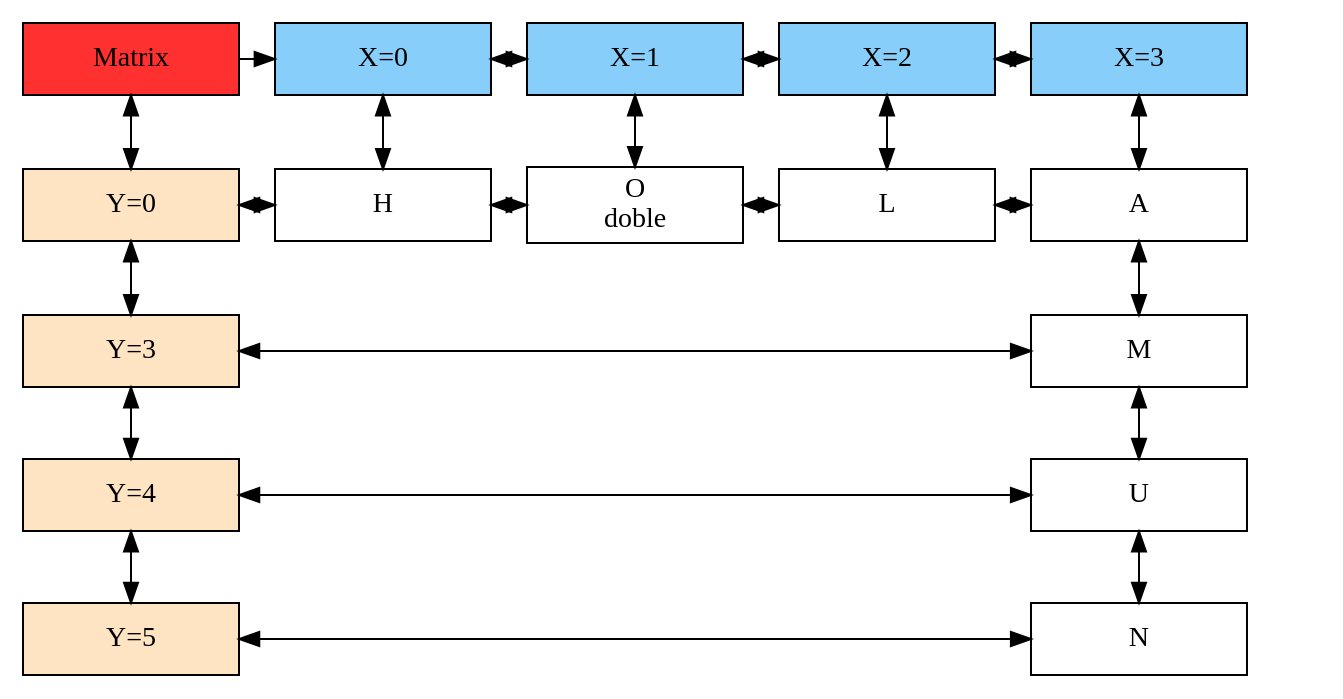
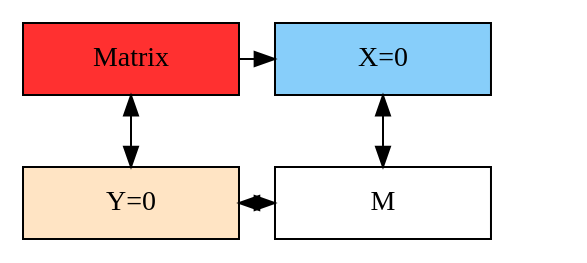
One commit to elJuanjoRamos/EDD_1S2020_PY1_201801262 changed the diagram in EDD_Proyecto1/EDD_Proyecto1/Matrix.dot. Above: the diagram before and after it, drawn with Graphviz. The commit also changed 25 other files, not shown here.

```diff
--- a/EDD_Proyecto1/EDD_Proyecto1/Matrix.dot
+++ b/EDD_Proyecto1/EDD_Proyecto1/Matrix.dot
@@ -1,52 +1,16 @@
 digraph Sparce_Matrix { 
  node [shape=box]
 	Mt[ label = "Matrix", width = 1.5, style = filled, fillcolor = firebrick1, group = 1 ];
 	e0[ shape = point, width = 0 ];
 e1[shape = point, width = 0];
-Nodox2 [label = "X=0" width = 1.5 style = filled, fillcolor = lightskyblue, group =2];
-Nodox5 [label = "X=1" width = 1.5 style = filled, fillcolor = lightskyblue, group =5];
-Nodox7 [label = "X=2" width = 1.5 style = filled, fillcolor = lightskyblue, group =7];
-Nodox9 [label = "X=3"width = 1.5 style = filled, fillcolor = lightskyblue, group =9];
+Nodox2 [label = "X=0"width = 1.5 style = filled, fillcolor = lightskyblue, group =2];
 Nodoy3->Nodoy4[constraint=false, dir=both];
-Nodoy4->Nodoy6[constraint=false, dir=both];
-Nodoy6->Nodoy8[constraint=false, dir=both];
-Nodoy8->Nodoy10[constraint=false, dir=both];
-Nodoy11->Nodoy12[constraint=false, dir=both];
-Nodoy13->Nodoy14[constraint=false, dir=both];
-Nodoy15->Nodoy16[constraint=false, dir=both];
-Nodoy3 [label = "Y=0" width = 1.5 style = filled, fillcolor = bisque1, group = 1  ];
-Nodoy11 [label = "Y=3" width = 1.5 style = filled, fillcolor = bisque1, group = 1  ];
-Nodoy13 [label = "Y=4" width = 1.5 style = filled, fillcolor = bisque1, group = 1  ];
-Nodoy15 [label = "Y=5"width = 1.5 style = filled, fillcolor = bisque1, group = 1  ];
+Nodoy3 [label = "Y=0"width = 1.5 style = filled, fillcolor = bisque1, group = 1  ];
 Nodox2->Nodoy4[dir=both]
-Nodox5->Nodoy6[dir=both]
-Nodox7->Nodoy8[dir=both]
-Nodox9->Nodoy10[dir=both]
-Nodoy10->Nodoy12[dir=both];
-Nodoy12->Nodoy14[dir=both];
-Nodoy14->Nodoy16[dir=both];
 Mt->Nodox2;
-Nodox2->Nodox5[dir=both];
-Nodox5->Nodox7[dir=both];
-Nodox7->Nodox9[dir=both];
 Mt->Nodoy3[dir=both];
-Nodoy3->Nodoy11[dir=both];
-Nodoy11->Nodoy13[dir=both];
-Nodoy13->Nodoy15[dir=both];
- { rank = same; Mt; Nodox2; Nodox5; Nodox7; Nodox9}
+ { rank = same; Mt; Nodox2}
 Nodoy3[label = "Y=0" width = 1.5, group = 1];
-Nodoy4[label = "H" width = 1.5, group = 2];
-Nodoy6[label = "O\n doble" width = 1.5, group = 5];
-Nodoy8[label = "L" width = 1.5, group = 7];
-Nodoy10[label = "A" width = 1.5, group = 9];
-Nodoy11[label = "Y=3" width = 1.5, group = 1];
-Nodoy12[label = "M" width = 1.5, group = 9];
-Nodoy13[label = "Y=4" width = 1.5, group = 1];
-Nodoy14[label = "U" width = 1.5, group = 9];
-Nodoy15[label = "Y=5" width = 1.5, group = 1];
-Nodoy16[label = "N" width = 1.5, group = 9];
-{rank= same; Nodoy3;Nodoy4;Nodoy6;Nodoy8;Nodoy10}
- {rank=same;Nodoy11;Nodoy12}
- {rank=same;Nodoy13;Nodoy14}
- {rank=same;Nodoy15;Nodoy16}
+Nodoy4[label = "M" width = 1.5, group = 2];
+{rank= same; Nodoy3;Nodoy4}
 }
```
